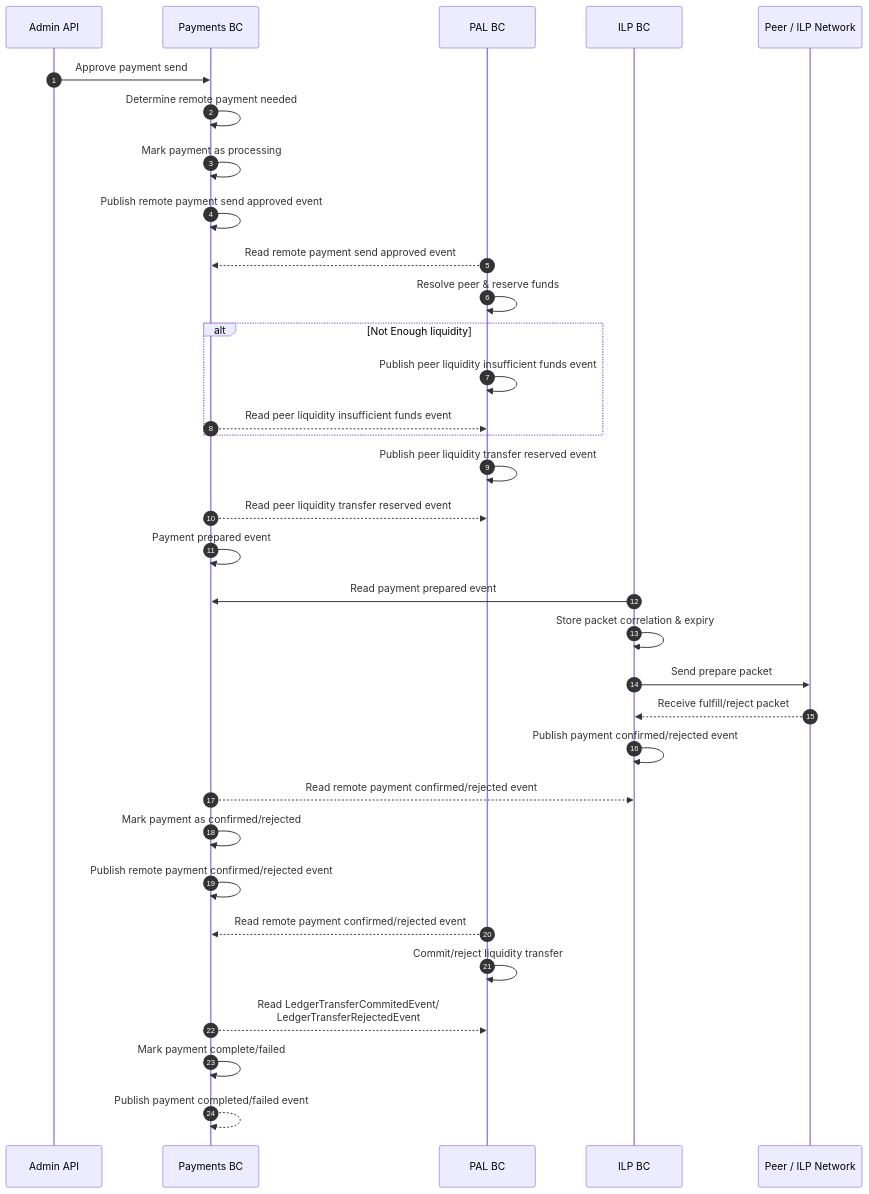
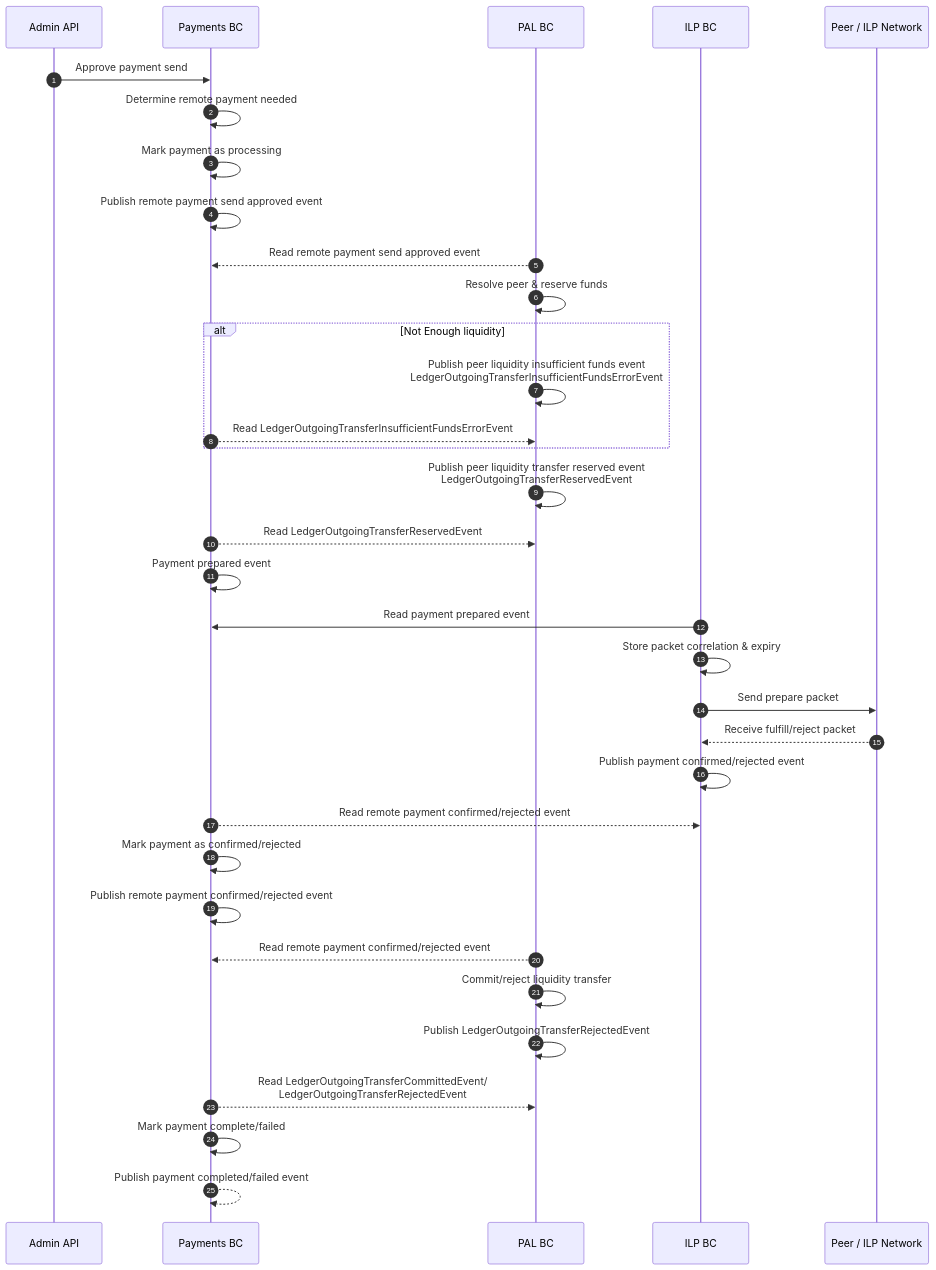
Before and after one commit to Avi112005/rhyza: the diagram in internal-docs/sequence-diagrams/ILP/Remote Payment - Sending.md, drawn with Mermaid.

Commit message:
chore: Update Remote Payment - Sending.md with new PAL events (#128)
* chore: Update Remote Payment - Sending.md with new PAL events

* Update Remote Payment - Sending.md

* Update internal-docs/sequence-diagrams/ILP/Remote Payment - Sending.md

* Update internal-docs/sequence-diagrams/ILP/Remote Payment - Sending.md

* Update internal-docs/sequence-diagrams/ILP/Remote Payment - Sending.md

* chore: lint/prettier pleaser

---------

````diff
--- a/internal-docs/sequence-diagrams/ILP/Remote Payment - Sending.md
+++ b/internal-docs/sequence-diagrams/ILP/Remote Payment - Sending.md
@@ -3,44 +3,45 @@
 ```mermaid
 sequenceDiagram
 	autonumber
 
     participant AAPI as Admin API
     participant PBC as Payments BC
     participant PAL as PAL BC
     participant ILPBC as ILP BC
     participant Peer as Peer / ILP Network
 
     AAPI ->> PBC: Approve payment send
     PBC ->> PBC: Determine remote payment needed
     PBC ->> PBC: Mark payment as processing
 
     PBC ->> PBC: Publish remote payment send approved event
 
     %% PBC ->> AAPI: Return payment status
 
     PAL -->> PBC: Read remote payment send approved event
     PAL ->> PAL: Resolve peer & reserve funds
 
     alt Not Enough liquidity
-    PAL ->> PAL: Publish peer liquidity insufficient funds event
-    PBC -->> PAL: Read peer liquidity insufficient funds event
+    PAL ->> PAL: Publish peer liquidity insufficient funds event<br>LedgerOutgoingTransferInsufficientFundsErrorEvent
+   PBC -->> PAL: Read LedgerOutgoingTransferInsufficientFundsErrorEvent
     end
-    PAL ->> PAL: Publish peer liquidity transfer reserved event
-    PBC -->> PAL: Read peer liquidity transfer reserved event
+    PAL ->> PAL: Publish peer liquidity transfer reserved event<br>LedgerOutgoingTransferReservedEvent
+    PBC -->> PAL: Read LedgerOutgoingTransferReservedEvent
     PBC ->> PBC: Payment prepared event
     ILPBC ->> PBC: Read payment prepared event
 
     ILPBC ->> ILPBC: Store packet correlation & expiry
     ILPBC ->> Peer: Send prepare packet
     Peer -->> ILPBC: Receive fulfill/reject packet
     ILPBC ->> ILPBC: Publish payment confirmed/rejected event
 
     PBC -->> ILPBC: Read remote payment confirmed/rejected event
     PBC ->> PBC: Mark payment as confirmed/rejected
     PBC ->> PBC: Publish remote payment confirmed/rejected event
     PAL -->> PBC: Read remote payment confirmed/rejected event
     PAL ->> PAL: Commit/reject liquidity transfer
-    PBC -->> PAL: Read LedgerTransferCommitedEvent/<br>LedgerTransferRejectedEvent
+    PAL ->> PAL: Publish LedgerOutgoingTransferRejectedEvent
+    PBC -->> PAL: Read LedgerOutgoingTransferCommittedEvent/<br>LedgerOutgoingTransferRejectedEvent
     PBC ->> PBC: Mark payment complete/failed
     PBC -->> PBC: Publish payment completed/failed event
 ```
````
